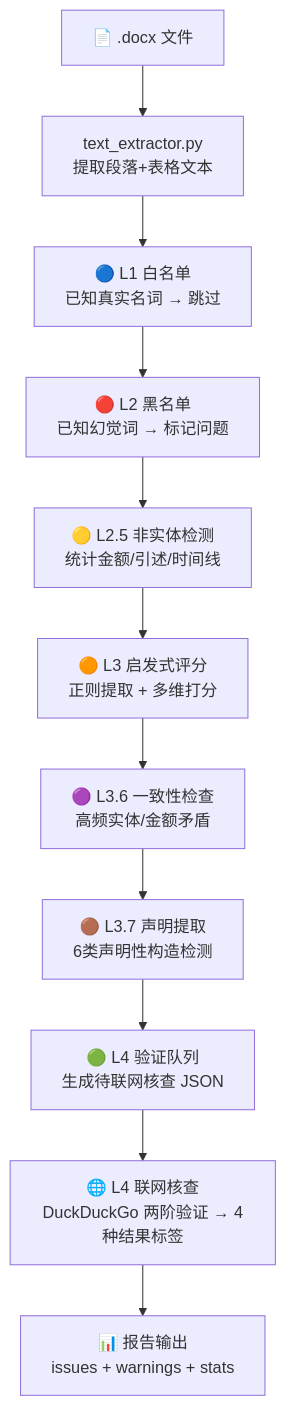
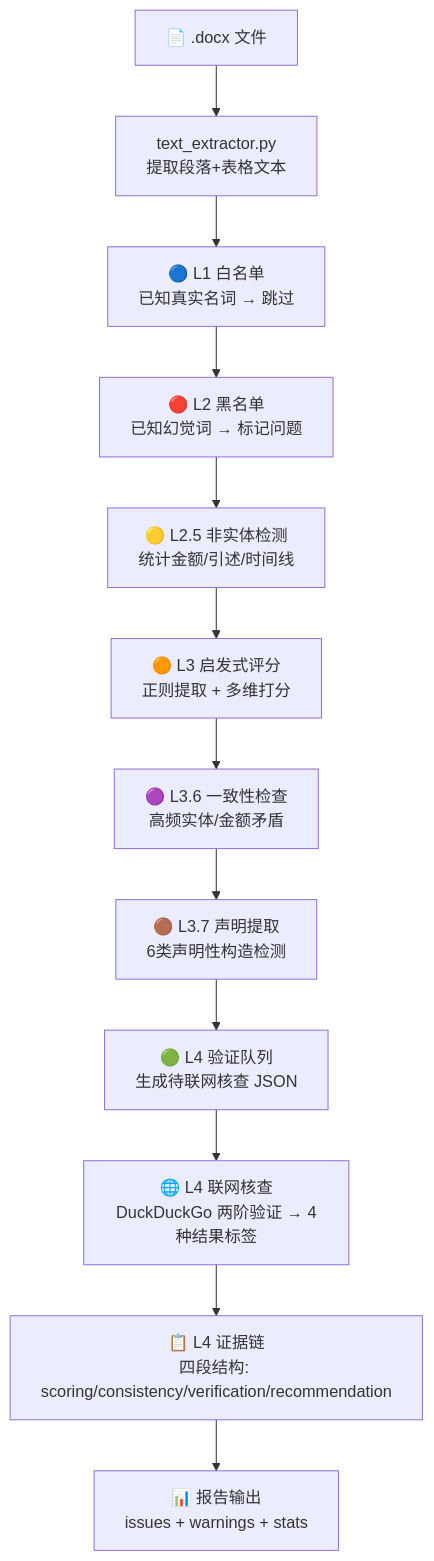
One commit to Virukicy/GEHD changed the first of 2 diagrams in docs/architecture.md. Above: the diagram before and after it, drawn with Mermaid. The commit also changed other lines of this file and 1 other file, not shown here.

````diff
--- a/docs/architecture.md
+++ b/docs/architecture.md
@@ -88,13 +88,14 @@
 ```mermaid
 flowchart TD
     INPUT["📄 .docx 文件"] --> EXTRACT["text_extractor.py<br/>提取段落+表格文本"]
     EXTRACT --> L1["🔵 L1 白名单<br/>已知真实名词 → 跳过"]
     L1 --> L2["🔴 L2 黑名单<br/>已知幻觉词 → 标记问题"]
     L2 --> L25["🟡 L2.5 非实体检测<br/>统计金额/引述/时间线"]
     L25 --> L3["🟠 L3 启发式评分<br/>正则提取 + 多维打分"]
     L3 --> L36["🟣 L3.6 一致性检查<br/>高频实体/金额矛盾"]
     L36 --> L37["🟤 L3.7 声明提取<br/>6类声明性构造检测"]
     L37 --> L4["🟢 L4 验证队列<br/>生成待联网核查 JSON"]
     L4 --> WEB["🌐 L4 联网核查<br/>DuckDuckGo 两阶验证 → 4种结果标签"]
-    WEB --> OUTPUT["📊 报告输出<br/>issues + warnings + stats"]
+    WEB --> EVID["📋 L4 证据链<br/>四段结构: scoring/consistency/verification/recommendation"]
+    EVID --> OUTPUT["📊 报告输出<br/>issues + warnings + stats"]
 ```
````
